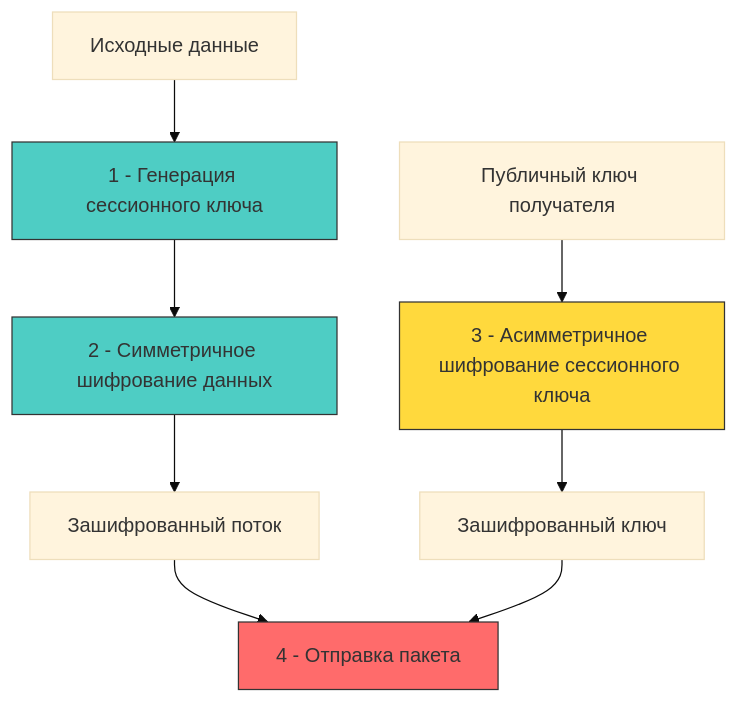
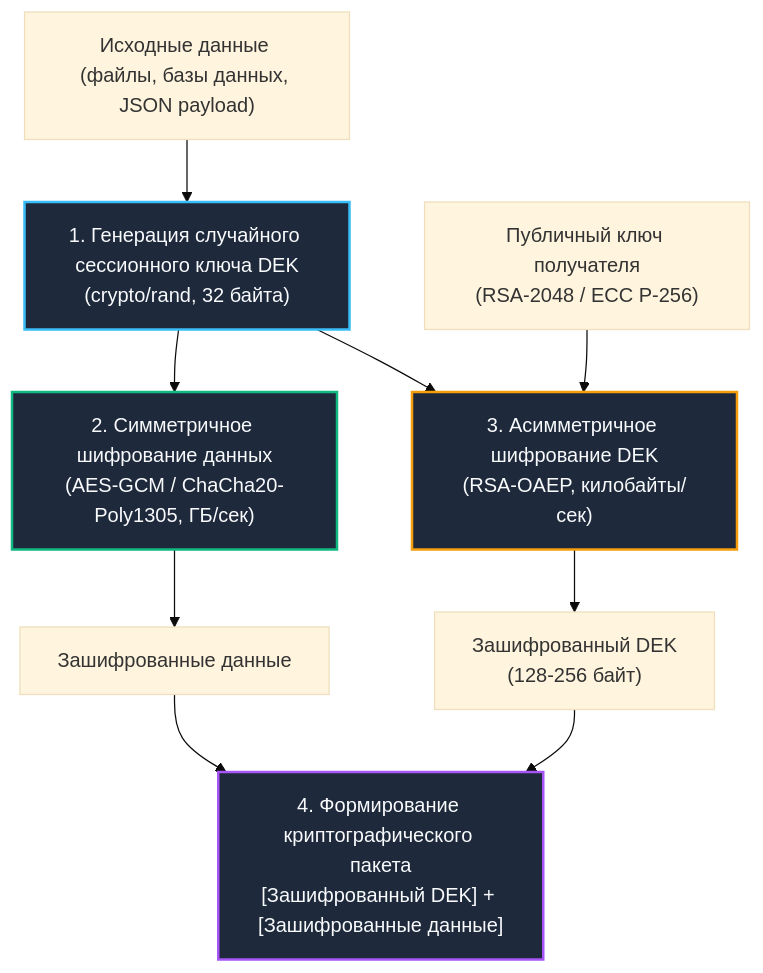
One commit to UnrealTemplier/go-textbook changed the diagram in sources/17. Безопасность (AppSec в Go)/03. Криптография/2. Symmetric vs asymmetric шифрование.md. Above: the diagram before and after it, drawn with Mermaid (base theme). The commit also changed other lines of this file, not shown here.

````diff
--- a/sources/17. Безопасность (AppSec в Go)/03. Криптография/2. Symmetric vs asymmetric шифрование.md
+++ b/sources/17. Безопасность (AppSec в Go)/03. Криптография/2. Symmetric vs asymmetric шифрование.md
@@ -10,17 +17,18 @@
 ```mermaid
 flowchart TD
-    A["Исходные данные"] --> B["1 - Генерация сессионного ключа"]
-    B --> C["2 - Симметричное шифрование данных"]
-    C --> D["Зашифрованный поток"]
+    Data["Исходные данные (файлы, базы данных, JSON payload)"] --> Gen["1. Генерация случайного сессионного ключа DEK<br/>(crypto/rand, 32 байта)"]
+    Gen --> SymEnc["2. Симметричное шифрование данных<br/>(AES-GCM / ChaCha20-Poly1305, ГБ/сек)"]
+    SymEnc --> CipherData["Зашифрованные данные"]
     
-    E["Публичный ключ получателя"] --> F["3 - Асимметричное шифрование сессионного ключа"]
-    F --> G["Зашифрованный ключ"]
+    PubKey["Публичный ключ получателя<br/>(RSA-2048 / ECC P-256)"] --> AsymEnc["3. Асимметричное шифрование DEK<br/>(RSA-OAEP, килобайты/сек)"]
+    Gen --> AsymEnc
+    AsymEnc --> CipherKey["Зашифрованный DEK<br/>(128-256 байт)"]
     
-    D --> H["4 - Отправка пакета"]
-    G --> H
-    
-    style B fill:#4ecdc4,stroke:#333
-    style C fill:#4ecdc4,stroke:#333
-    style F fill:#ffd93d,stroke:#333
-    style H fill:#ff6b6b,stroke:#333
+    CipherData --> Pack["4. Формирование криптографического пакета<br/>[Зашифрованный DEK] + [Зашифрованные данные]"]
+    CipherKey --> Pack
+
+    style Gen fill:#1e293b,stroke:#38bdf8,stroke-width:2px,color:#f8fafc
+    style SymEnc fill:#1e293b,stroke:#10b981,stroke-width:2px,color:#f8fafc
+    style AsymEnc fill:#1e293b,stroke:#f59e0b,stroke-width:2px,color:#f8fafc
+    style Pack fill:#1e293b,stroke:#a855f7,stroke-width:2px,color:#f8fafc
 ```
````
